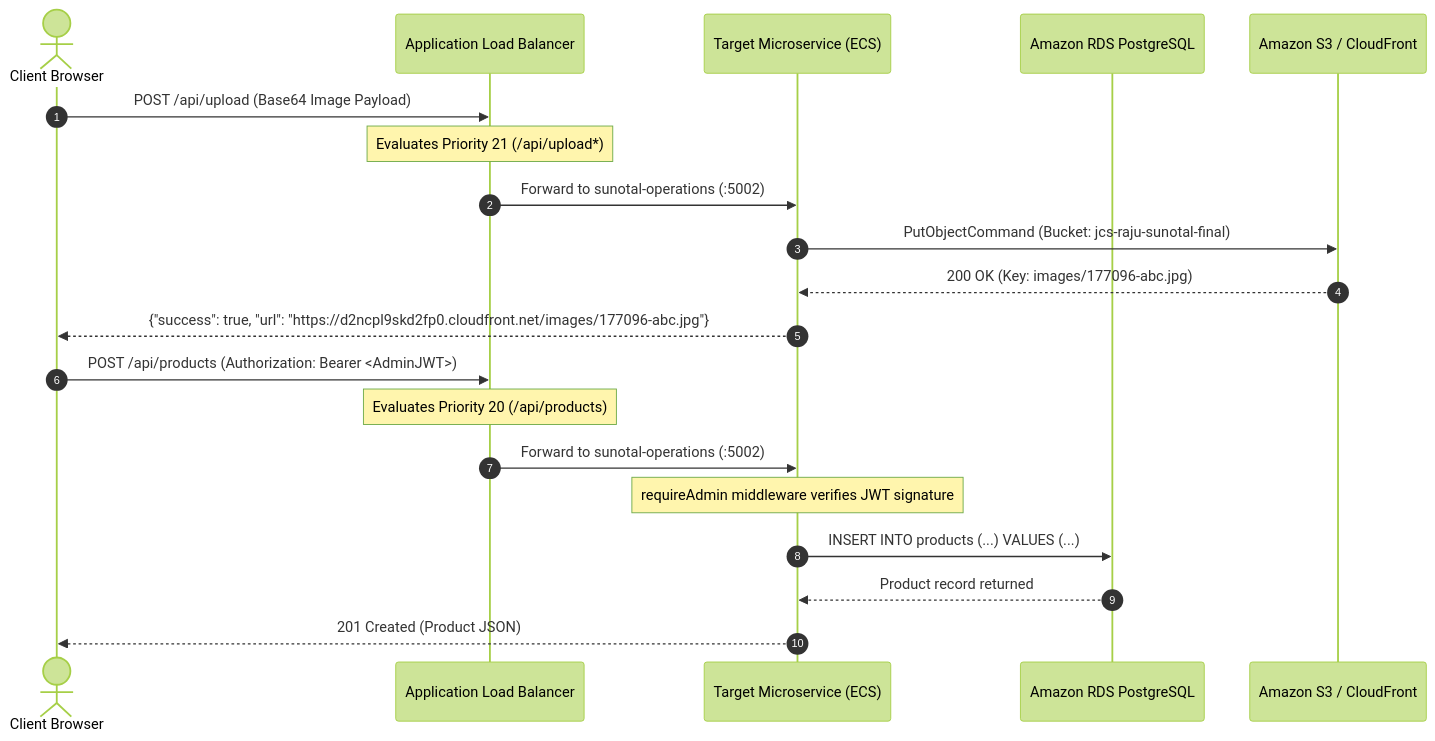
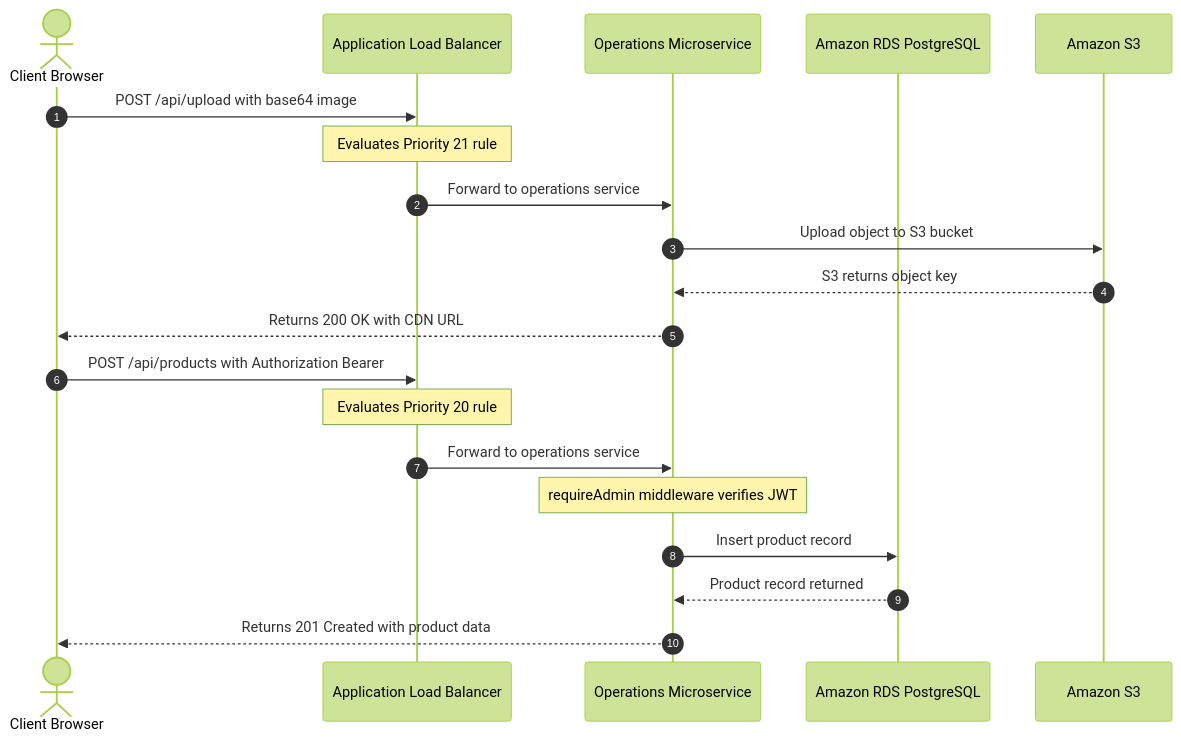
The diagram in docs/api_routes_and_cloud_behavior.md (valivarthi007/sunotal_fullstk), drawn with Mermaid (forest theme) before and after one commit. The commit also changed 14 other files, not shown here.

Commit message:
docs: fix mermaid architecture diagram syntax across all documentation files

````diff
--- a/docs/api_routes_and_cloud_behavior.md
+++ b/docs/api_routes_and_cloud_behavior.md
@@ -86,24 +86,24 @@
 ```mermaid
 sequenceDiagram
     autonumber
     actor User as Client Browser
     participant ALB as Application Load Balancer
-    participant Micro as Target Microservice (ECS)
+    participant Micro as Operations Microservice
     participant RDS as Amazon RDS PostgreSQL
-    participant S3 as Amazon S3 / CloudFront
+    participant S3 as Amazon S3
 
-    User->>ALB: POST /api/upload (Base64 Image Payload)
-    Note over ALB: Evaluates Priority 21 (/api/upload*)
-    ALB->>Micro: Forward to sunotal-operations (:5002)
-    Micro->>S3: PutObjectCommand (Bucket: jcs-raju-sunotal-final)
-    S3-->>Micro: 200 OK (Key: images/177096-abc.jpg)
-    Micro-->>User: {"success": true, "url": "https://d2ncpl9skd2fp0.cloudfront.net/images/177096-abc.jpg"}
+    User->>ALB: POST /api/upload with base64 image
+    Note over ALB: Evaluates Priority 21 rule
+    ALB->>Micro: Forward to operations service
+    Micro->>S3: Upload object to S3 bucket
+    S3-->>Micro: S3 returns object key
+    Micro-->>User: Returns 200 OK with CDN URL
 
-    User->>ALB: POST /api/products (Authorization: Bearer <AdminJWT>)
-    Note over ALB: Evaluates Priority 20 (/api/products)
-    ALB->>Micro: Forward to sunotal-operations (:5002)
-    Note over Micro: requireAdmin middleware verifies JWT signature
-    Micro->>RDS: INSERT INTO products (...) VALUES (...)
+    User->>ALB: POST /api/products with Authorization Bearer
+    Note over ALB: Evaluates Priority 20 rule
+    ALB->>Micro: Forward to operations service
+    Note over Micro: requireAdmin middleware verifies JWT
+    Micro->>RDS: Insert product record
     RDS-->>Micro: Product record returned
-    Micro-->>User: 201 Created (Product JSON)
+    Micro-->>User: Returns 201 Created with product data
 ```
````
